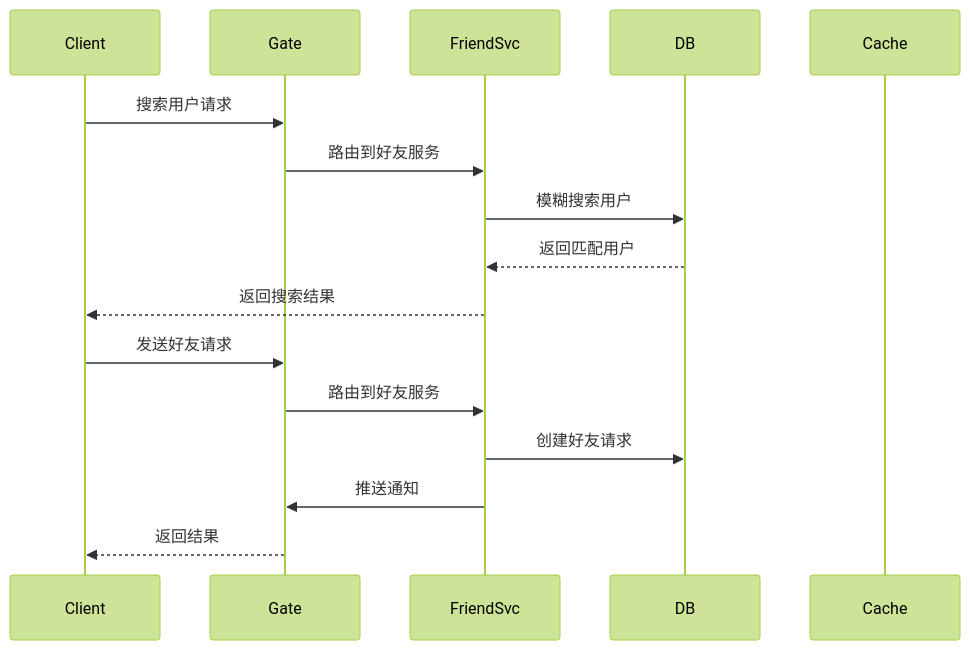
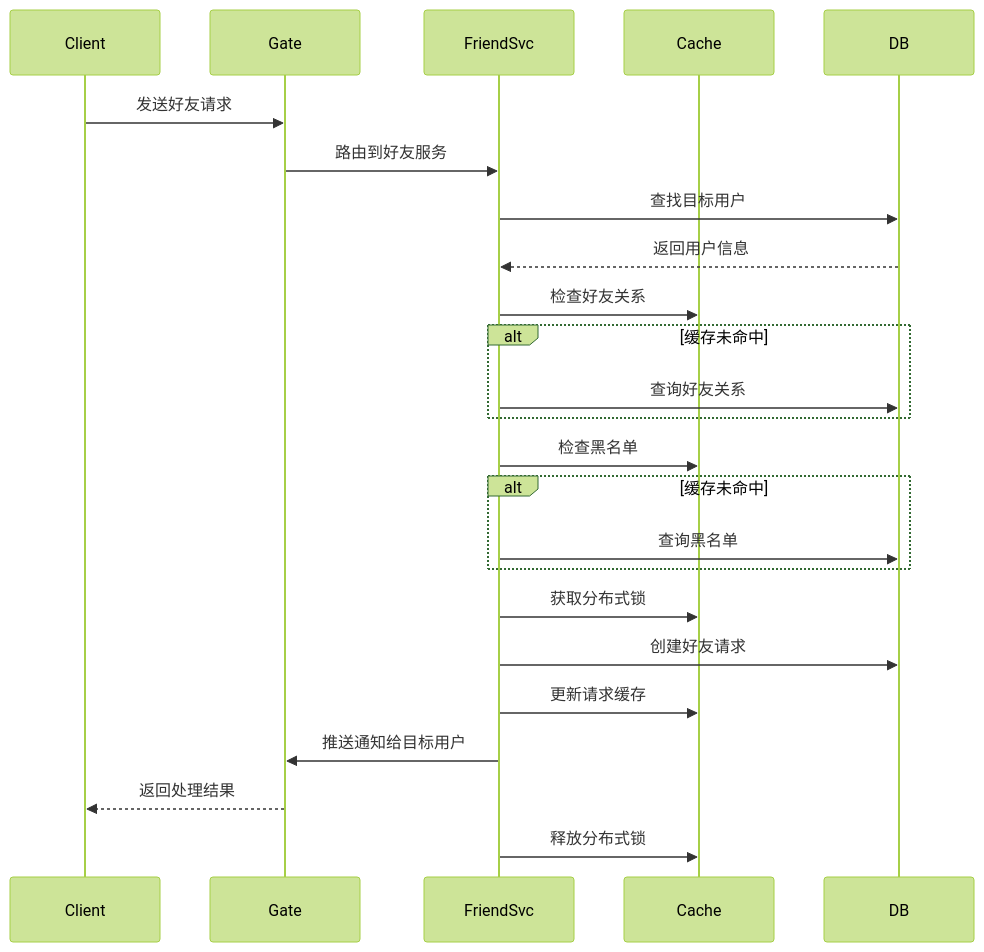
One commit to qing358/friend-module changed the fourth of 11 diagrams in demand.md. Above: the diagram before and after it, drawn with Mermaid (forest theme). The commit also changed other lines of this file, not shown here.

````diff
--- a/demand.md
+++ b/demand.md
@@ -615,20 +651,34 @@
 ```mermaid
 sequenceDiagram
     participant Client
     participant Gate
     participant FriendSvc
+    participant Cache
     participant DB
-    participant Cache
-
-    Client->>Gate: 搜索用户请求
-    Gate->>FriendSvc: 路由到好友服务
-    FriendSvc->>DB: 模糊搜索用户
-    DB-->>FriendSvc: 返回匹配用户
-    FriendSvc-->>Client: 返回搜索结果
 
     Client->>Gate: 发送好友请求
     Gate->>FriendSvc: 路由到好友服务
+    
+    FriendSvc->>DB: 查找目标用户
+    DB-->>FriendSvc: 返回用户信息
+    
+    FriendSvc->>Cache: 检查好友关系
+    alt 缓存未命中
+        FriendSvc->>DB: 查询好友关系
+    end
+    
+    FriendSvc->>Cache: 检查黑名单
+    alt 缓存未命中
+        FriendSvc->>DB: 查询黑名单
+    end
+    
+    FriendSvc->>Cache: 获取分布式锁
+    
     FriendSvc->>DB: 创建好友请求
-    FriendSvc->>Gate: 推送通知
-    Gate-->>Client: 返回结果
+    FriendSvc->>Cache: 更新请求缓存
+    
+    FriendSvc->>Gate: 推送通知给目标用户
+    Gate-->>Client: 返回处理结果
+    
+    FriendSvc->>Cache: 释放分布式锁
 ```
````
